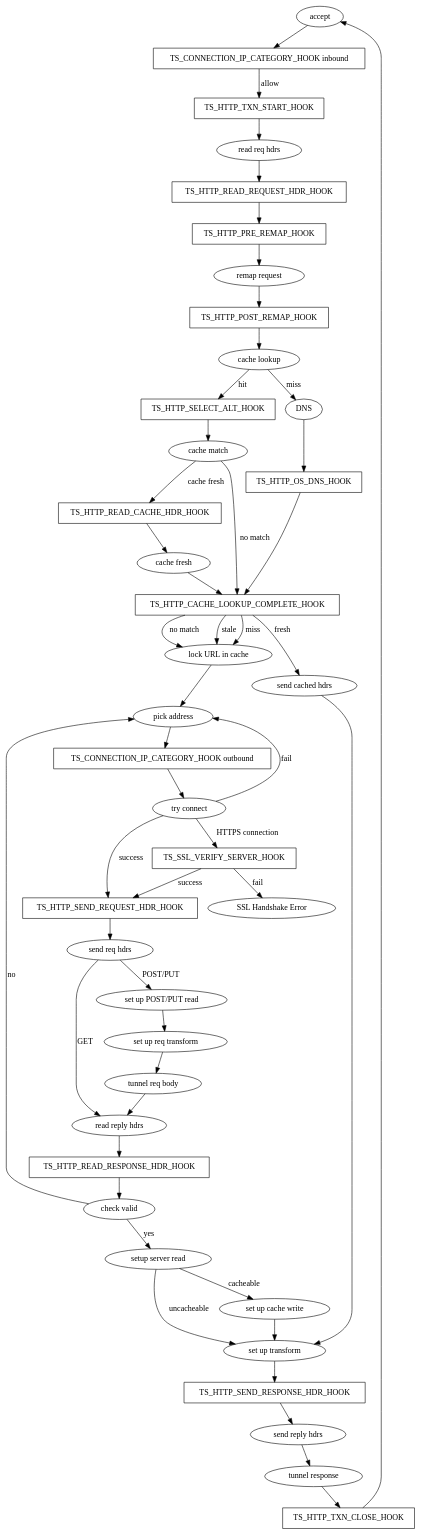
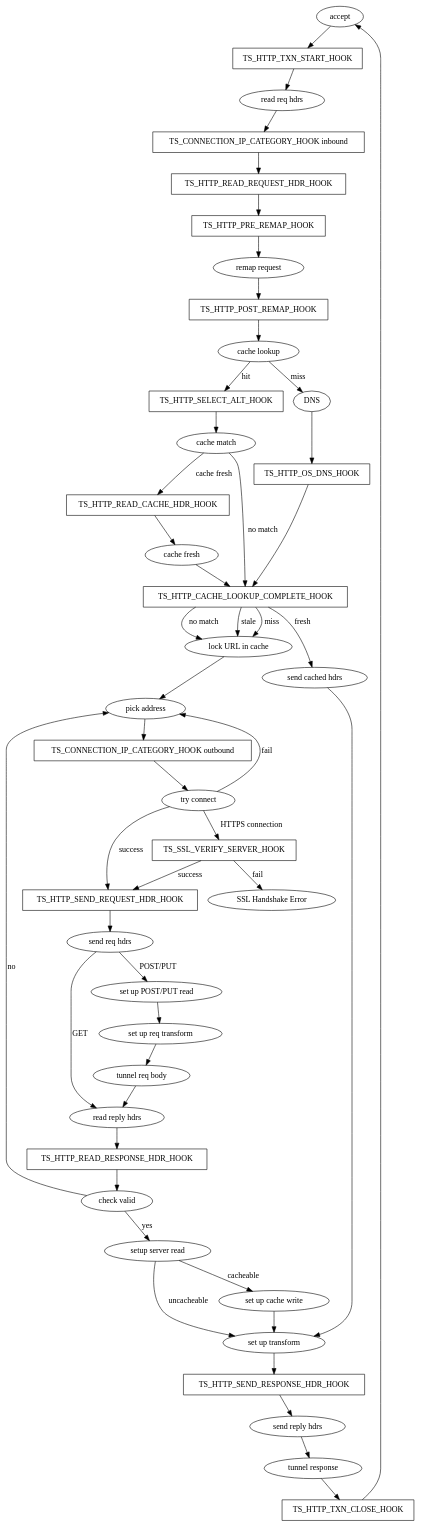
The diagram in doc/developer-guide/plugins/hooks-and-transactions/index.en.rst (bneradt/trafficserver), drawn with Graphviz before and after one commit. The commit also changed 18 other files, not shown here.

```diff
--- a/doc/developer-guide/plugins/hooks-and-transactions/index.en.rst
+++ b/doc/developer-guide/plugins/hooks-and-transactions/index.en.rst
@@ -96,72 +96,72 @@
 .. graphviz::
    :alt: HTTP Transaction State Diagram
 
    digraph http_txn_state_diagram{
-     accept -> "TS_CONNECTION_IP_CATEGORY_HOOK inbound";
-     "TS_CONNECTION_IP_CATEGORY_HOOK inbound" -> TS_HTTP_TXN_START_HOOK [label = "allow"];
+     accept -> TS_HTTP_TXN_START_HOOK;
      TS_HTTP_TXN_START_HOOK -> "read req hdrs";
-     "read req hdrs" -> TS_HTTP_READ_REQUEST_HDR_HOOK;
+     "read req hdrs" -> "TS_CONNECTION_IP_CATEGORY_HOOK inbound";
+     "TS_CONNECTION_IP_CATEGORY_HOOK inbound" -> TS_HTTP_READ_REQUEST_HDR_HOOK;
      TS_HTTP_READ_REQUEST_HDR_HOOK -> TS_HTTP_PRE_REMAP_HOOK;
      TS_HTTP_PRE_REMAP_HOOK -> "remap request";
      "remap request" -> TS_HTTP_POST_REMAP_HOOK;
      TS_HTTP_POST_REMAP_HOOK -> "cache lookup";
      "cache lookup" -> DNS [label = "miss"];
      DNS -> TS_HTTP_OS_DNS_HOOK;
      TS_HTTP_OS_DNS_HOOK -> TS_HTTP_CACHE_LOOKUP_COMPLETE_HOOK;
      "cache lookup" -> TS_HTTP_SELECT_ALT_HOOK [label = "hit"];
      TS_HTTP_SELECT_ALT_HOOK -> "cache match";
      "cache match" -> TS_HTTP_CACHE_LOOKUP_COMPLETE_HOOK [label="no match"];
      "cache match" -> TS_HTTP_READ_CACHE_HDR_HOOK [label = "cache fresh"];
      TS_HTTP_READ_CACHE_HDR_HOOK -> "cache fresh";
      "cache fresh" -> TS_HTTP_CACHE_LOOKUP_COMPLETE_HOOK;
      TS_HTTP_CACHE_LOOKUP_COMPLETE_HOOK -> "lock URL in cache" [label = "miss"];
      TS_HTTP_CACHE_LOOKUP_COMPLETE_HOOK -> "lock URL in cache" [label = "no match  "];
      TS_HTTP_CACHE_LOOKUP_COMPLETE_HOOK -> "lock URL in cache" [label = "stale"];
      TS_HTTP_CACHE_LOOKUP_COMPLETE_HOOK -> "send cached hdrs" [label = "fresh"];
      "send cached hdrs" -> "set up transform";
      "lock URL in cache" -> "pick address";
      "pick address" -> "TS_CONNECTION_IP_CATEGORY_HOOK outbound";
      "TS_CONNECTION_IP_CATEGORY_HOOK outbound" -> "try connect" [label = "       "];
      "try connect" -> "pick address" [label = "fail"];
      "try connect" -> TS_SSL_VERIFY_SERVER_HOOK [label = "HTTPS connection"];
      TS_SSL_VERIFY_SERVER_HOOK -> TS_HTTP_SEND_REQUEST_HDR_HOOK [label = "success"];
      TS_SSL_VERIFY_SERVER_HOOK -> "SSL Handshake Error" [label = "fail"];
      "try connect" -> TS_HTTP_SEND_REQUEST_HDR_HOOK [label = "success"];
      TS_HTTP_SEND_REQUEST_HDR_HOOK -> "send req hdrs";
      "send req hdrs" -> "set up POST/PUT read" [label = "POST/PUT"];
      "send req hdrs" -> "read reply hdrs" [label = "GET"];
      "set up POST/PUT read" -> "set up req transform";
      "set up req transform" -> "tunnel req body";
      "tunnel req body" -> "read reply hdrs";
      "read reply hdrs" -> TS_HTTP_READ_RESPONSE_HDR_HOOK;
      TS_HTTP_READ_RESPONSE_HDR_HOOK -> "check valid";
      "check valid" -> "setup server read" [label = "yes"];
      "check valid" -> "pick address" [label = "no"];
      "setup server read" -> "set up cache write" [label = "cacheable"];
      "setup server read" -> "set up transform" [label = "uncacheable"];
      "set up cache write" -> "set up transform";
      "set up transform" -> TS_HTTP_SEND_RESPONSE_HDR_HOOK;
      TS_HTTP_SEND_RESPONSE_HDR_HOOK -> "send reply hdrs";
      "send reply hdrs" -> "tunnel response";
      "tunnel response" -> TS_HTTP_TXN_CLOSE_HOOK;
      TS_HTTP_TXN_CLOSE_HOOK -> accept;
 
      TS_HTTP_TXN_START_HOOK [shape=box];
      TS_HTTP_READ_REQUEST_HDR_HOOK [shape = box];
      TS_HTTP_PRE_REMAP_HOOK [shape = box];
      TS_HTTP_POST_REMAP_HOOK [shape = box];
      TS_HTTP_OS_DNS_HOOK [shape = box];
      TS_HTTP_CACHE_LOOKUP_COMPLETE_HOOK[shape = box];
      TS_HTTP_SELECT_ALT_HOOK [shape = box];
      "TS_CONNECTION_IP_CATEGORY_HOOK inbound" [shape = box];
      "TS_CONNECTION_IP_CATEGORY_HOOK outbound" [shape = box];
      TS_HTTP_READ_CACHE_HDR_HOOK [shape = box];
      TS_SSL_VERIFY_SERVER_HOOK [shape = box];
      TS_SSL_VERIFY_SERVER_HOOK [tooltip = "verify server certificate"];
      TS_HTTP_SEND_REQUEST_HDR_HOOK [shape = box];
      "set up req transform" [tooltip = "req transform takes place here"];
      TS_HTTP_READ_RESPONSE_HDR_HOOK [shape = box];
      "set up transform" [tooltip = "response transform takes place here"];
      TS_HTTP_SEND_RESPONSE_HDR_HOOK [shape = box];
      TS_HTTP_TXN_CLOSE_HOOK [shape = box];
    }
```
